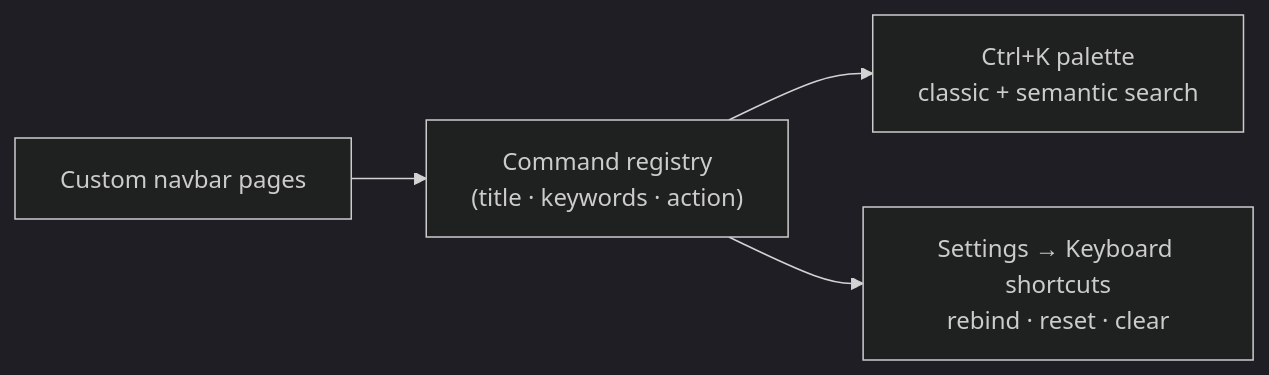
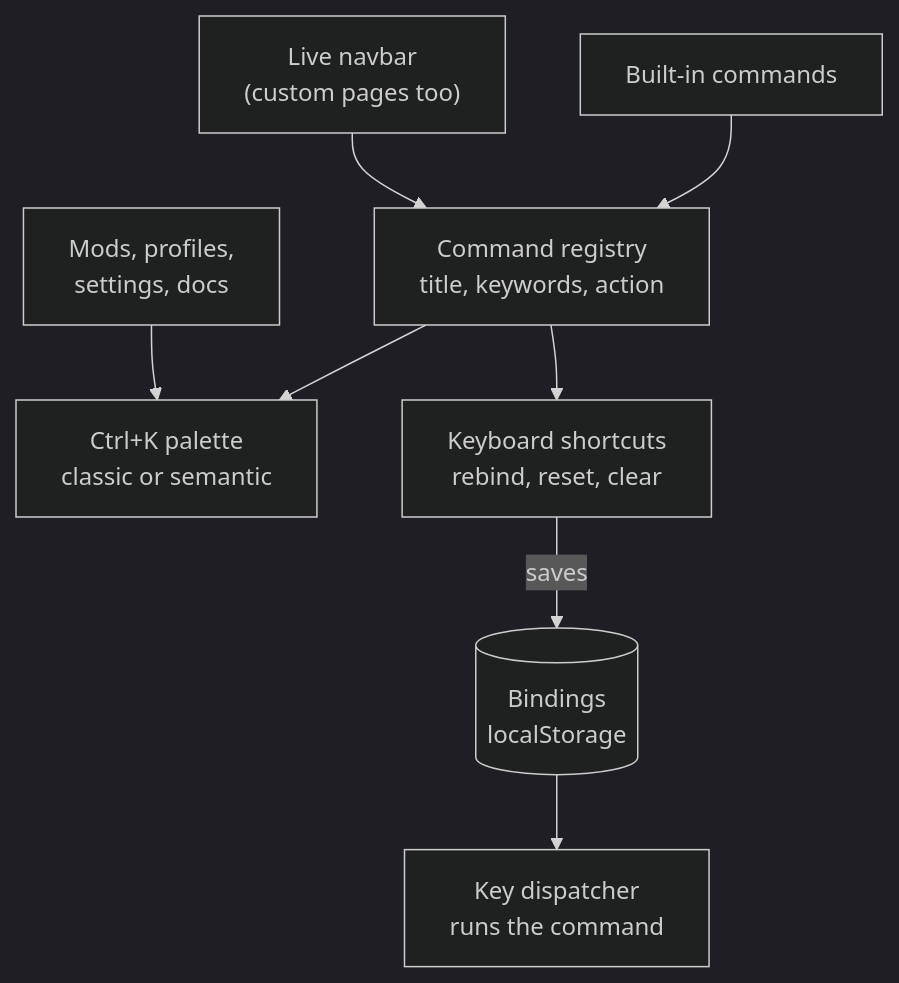
One commit to FreeProject089/BetterModsManager changed the diagram in frontend/assets/docs/en/features/command-palette.md. Above: the diagram before and after it, drawn with Mermaid (dark theme). The commit also changed other lines of this file and 176 other files, not shown here.

````diff
--- a/frontend/assets/docs/en/features/command-palette.md
+++ b/frontend/assets/docs/en/features/command-palette.md
@@ -37,6 +37,10 @@
 ```mermaid
-flowchart LR
-    REG["Command registry<br/>(title · keywords · action)"] --> PAL["Ctrl+K palette<br/>classic + semantic search"]
-    REG --> KEY["Settings → Keyboard shortcuts<br/>rebind · reset · clear"]
-    NAV["Custom navbar pages"] --> REG
+flowchart TD
+    CORE["Built-in commands"] --> REG["Command registry<br/>title, keywords, action"]
+    NAV["Live navbar<br/>(custom pages too)"] --> REG
+    REG --> PAL["Ctrl+K palette<br/>classic or semantic"]
+    OTHER["Mods, profiles,<br/>settings, docs"] --> PAL
+    REG --> KEY["Keyboard shortcuts<br/>rebind, reset, clear"]
+    KEY -- "saves" --> BIND[("Bindings<br/>localStorage")]
+    BIND --> DISP["Key dispatcher<br/>runs the command"]
 ```
````
